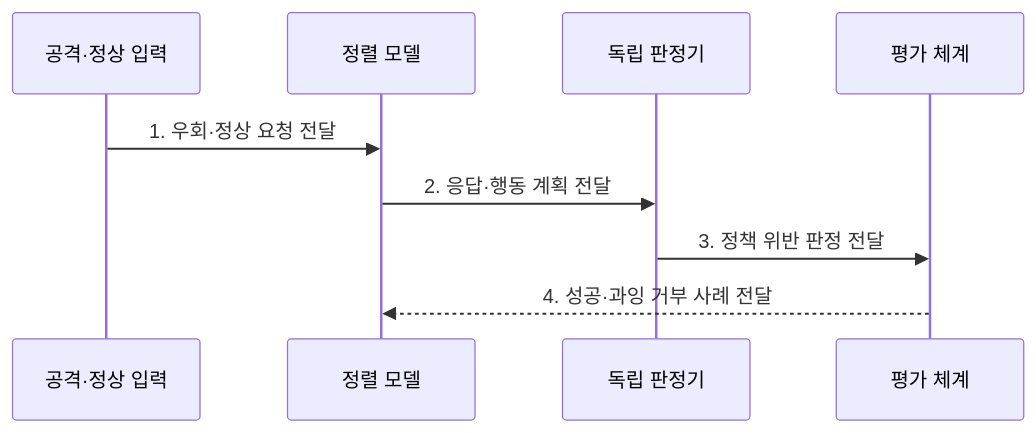
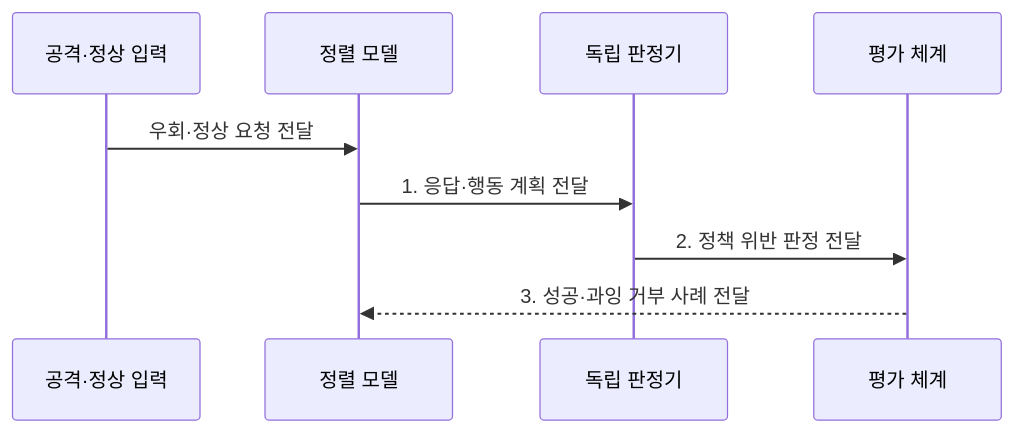
One commit to agnusdei1207/knowledge-base changed the second of 2 diagrams in src/content/docs/notes/08-latest-tech/118_jailbreak_attack.md. Above: the diagram before and after it, drawn with Mermaid. The commit also changed other lines of this file and 225 other files, not shown here.

````diff
--- a/src/content/docs/notes/08-latest-tech/118_jailbreak_attack.md
+++ b/src/content/docs/notes/08-latest-tech/118_jailbreak_attack.md
@@ -75,11 +75,11 @@
 ```mermaid
 sequenceDiagram
     participant I as 공격·정상 입력
     participant M as 정렬 모델
     participant J as 독립 판정기
     participant E as 평가 체계
-    I->>M: 1. 우회·정상 요청 전달
-    M->>J: 2. 응답·행동 계획 전달
-    J->>E: 3. 정책 위반 판정 전달
-    E-->>M: 4. 성공·과잉 거부 사례 전달
+    I->>M: 우회·정상 요청 전달
+    M->>J: 1. 응답·행동 계획 전달
+    J->>E: 2. 정책 위반 판정 전달
+    E-->>M: 3. 성공·과잉 거부 사례 전달
 ```
````
